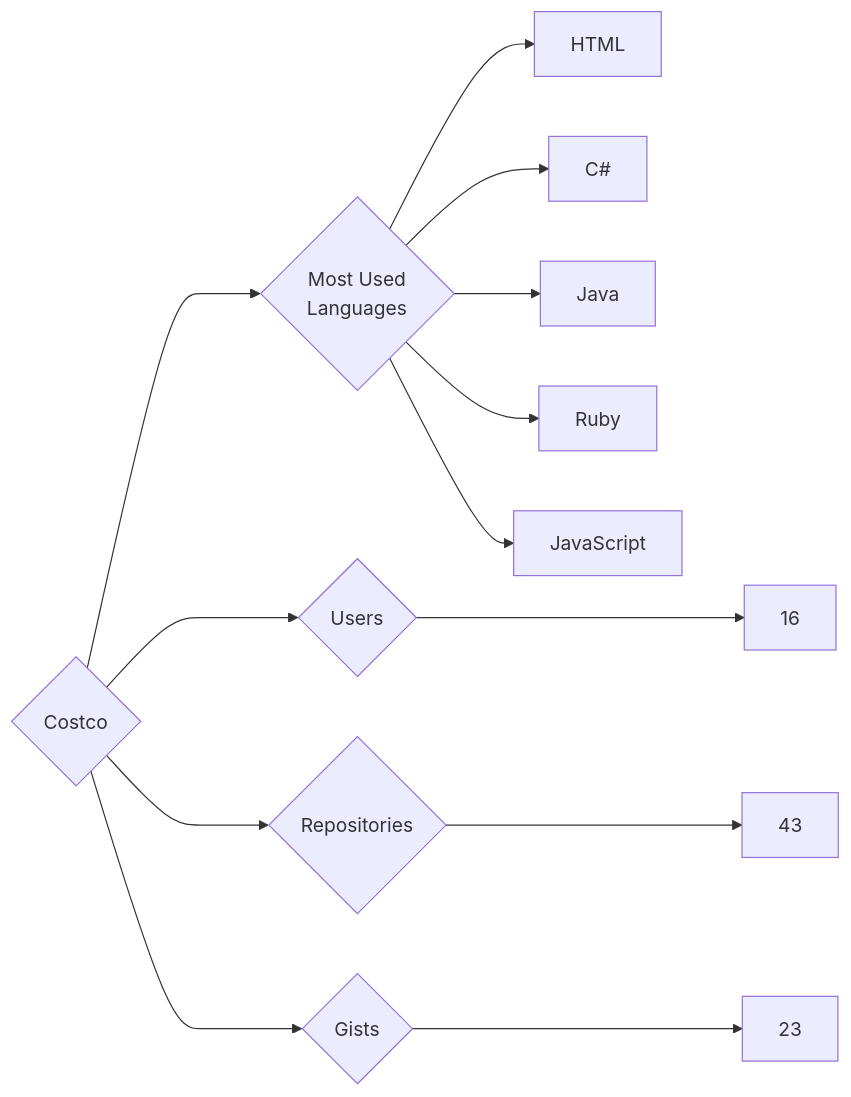
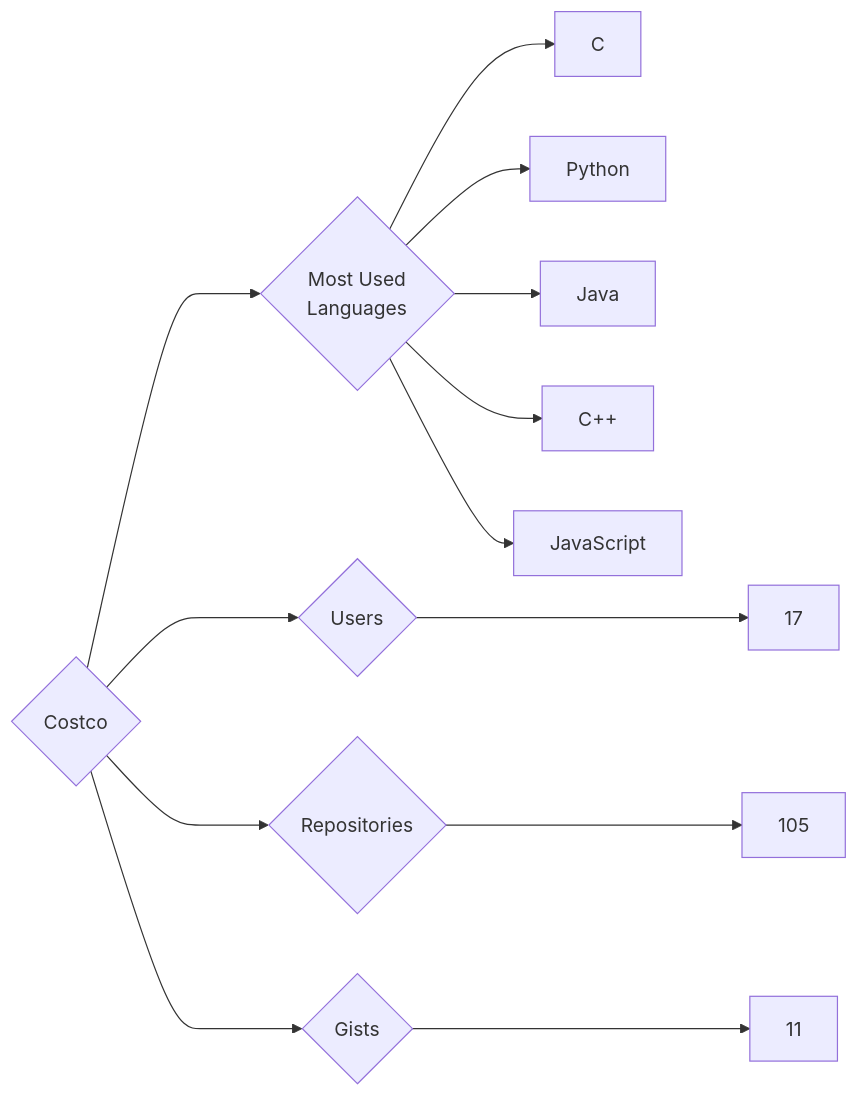
Before and after one commit to trickest/insiders: the diagram in targets/Costco/README.md, drawn with Mermaid. The commit also changed 927 other files, not shown here.

````diff
--- a/targets/Costco/README.md
+++ b/targets/Costco/README.md
@@ -3,13 +3,13 @@
 ```mermaid
 graph LR
 COMPANY_NAME{Costco}
-COMPANY_NAME ---> U{Users} ---> UN[16]
-COMPANY_NAME ---> R{Repositories} ---> RN[43]
-COMPANY_NAME ---> G{Gists} ---> GN[23]
+COMPANY_NAME ---> U{Users} ---> UN[17]
+COMPANY_NAME ---> R{Repositories} ---> RN[105]
+COMPANY_NAME ---> G{Gists} ---> GN[11]
 COMPANY_NAME ---> ML{Most Used<br>Languages}
-ML --> HTML[HTML]
-ML --> C#[C#]
+ML --> C[C]
+ML --> Python[Python]
 ML --> Java[Java]
-ML --> Ruby[Ruby]
+ML --> C++[C++]
 ML --> JavaScript[JavaScript]
 ```
````
